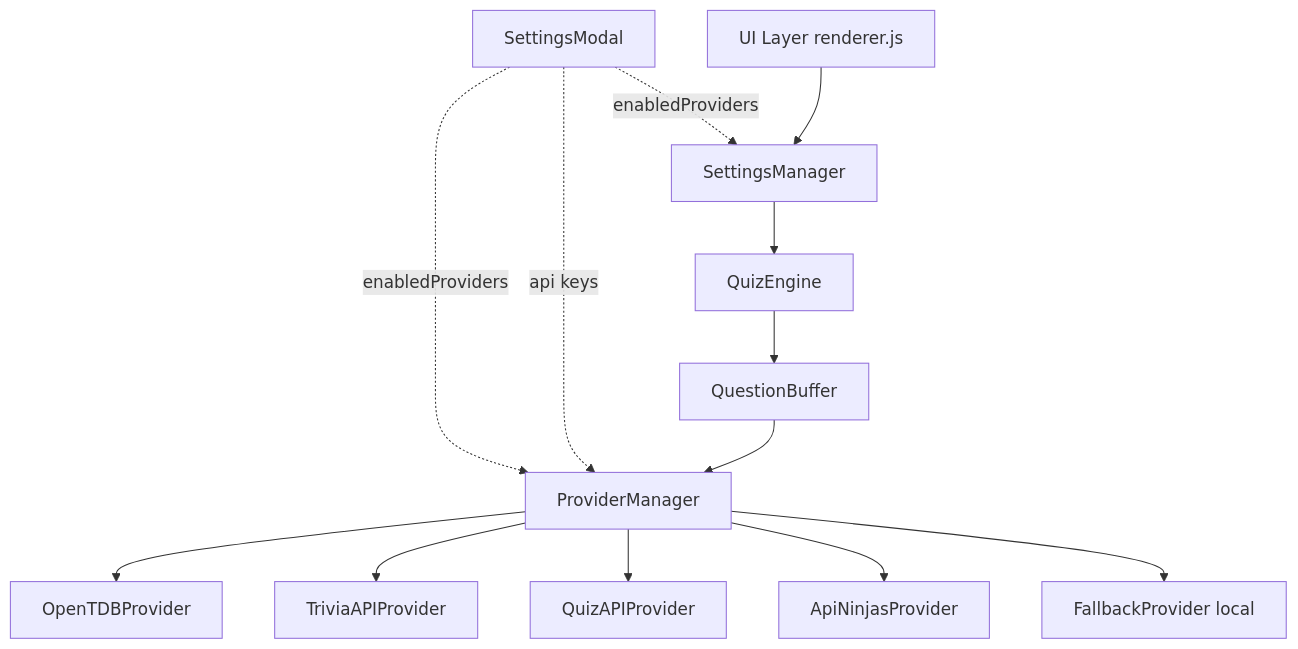
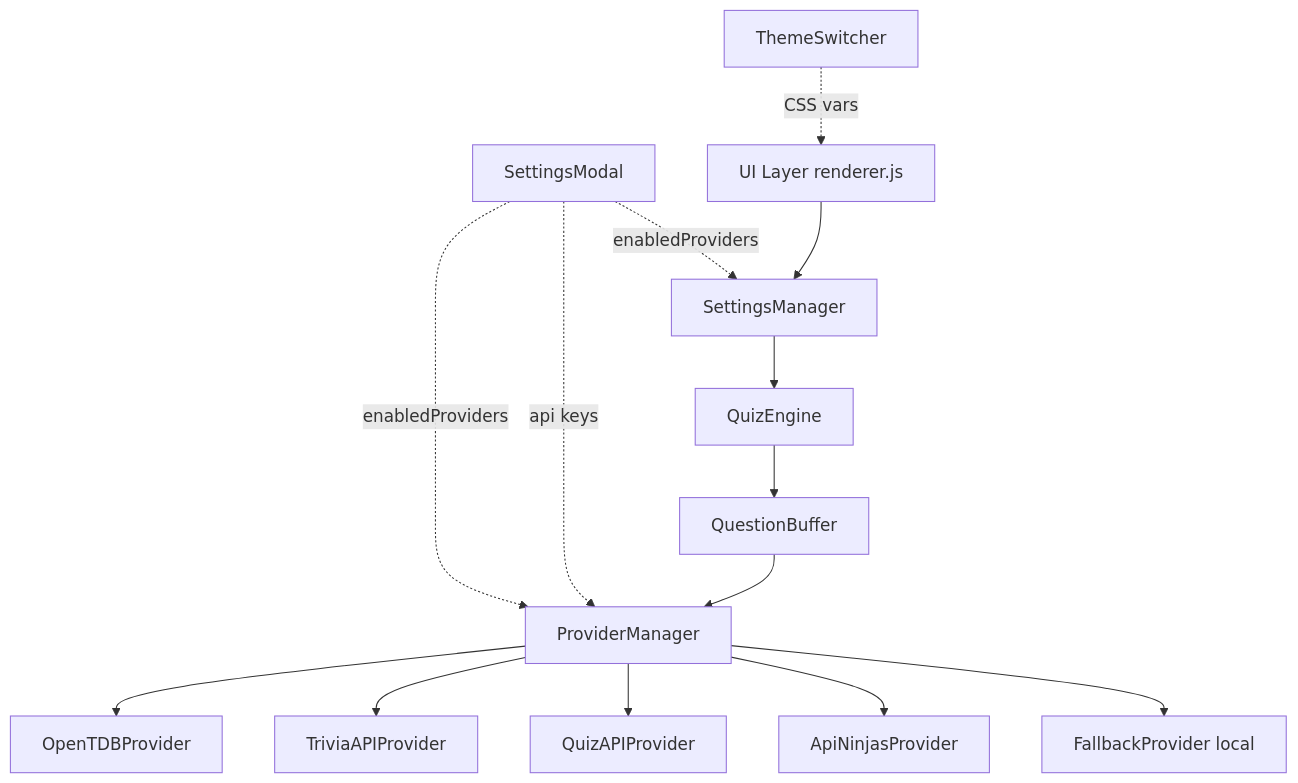
Before and after one commit to Ashishsri2018/quiz-sphere: the diagram in architecture.md, drawn with Mermaid. The commit also changed other lines of this file and 12 other files, not shown here.

````diff
--- a/architecture.md
+++ b/architecture.md
@@ -6,15 +6,16 @@
 ```mermaid
 graph TD
     SMo[SettingsModal] -.->|enabledProviders| SM
     SMo -.->|enabledProviders| PM
     SMo -.->|api keys| PM
+    TS[ThemeSwitcher] -.->|CSS vars| UI
     UI[UI Layer renderer.js] --> SM[SettingsManager]
     SM --> QE[QuizEngine]
     QE --> QB[QuestionBuffer]
     QB --> PM[ProviderManager]
     PM --> OP[OpenTDBProvider]
     PM --> TP[TriviaAPIProvider]
     PM --> QA[QuizAPIProvider]
     PM --> AN[ApiNinjasProvider]
     PM --> FP[FallbackProvider local]
 ```
````
